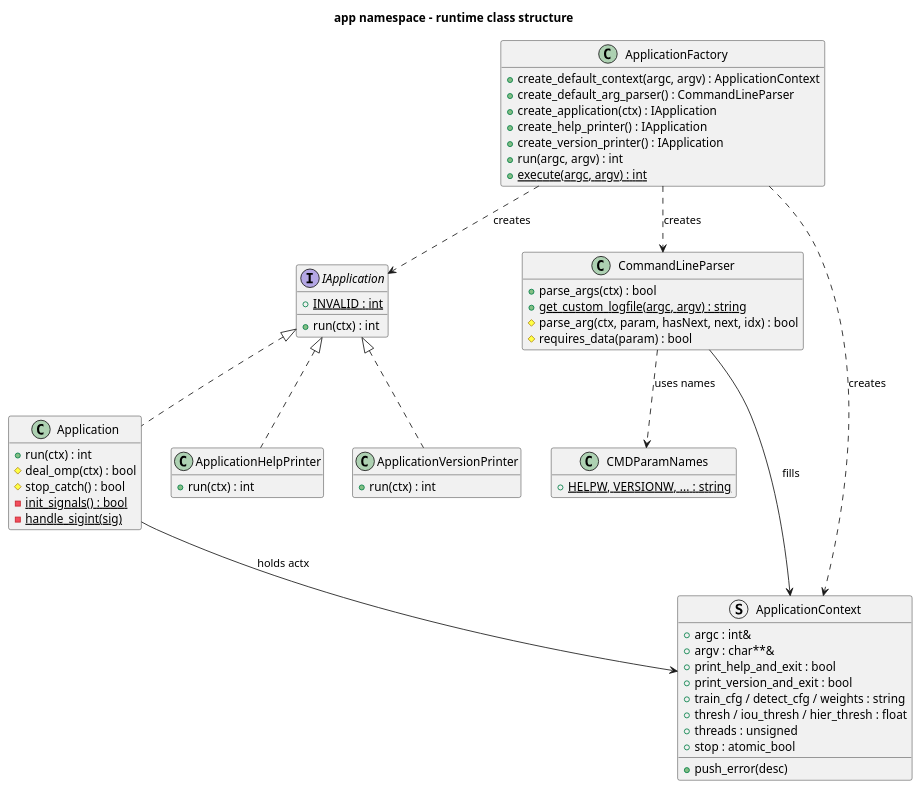
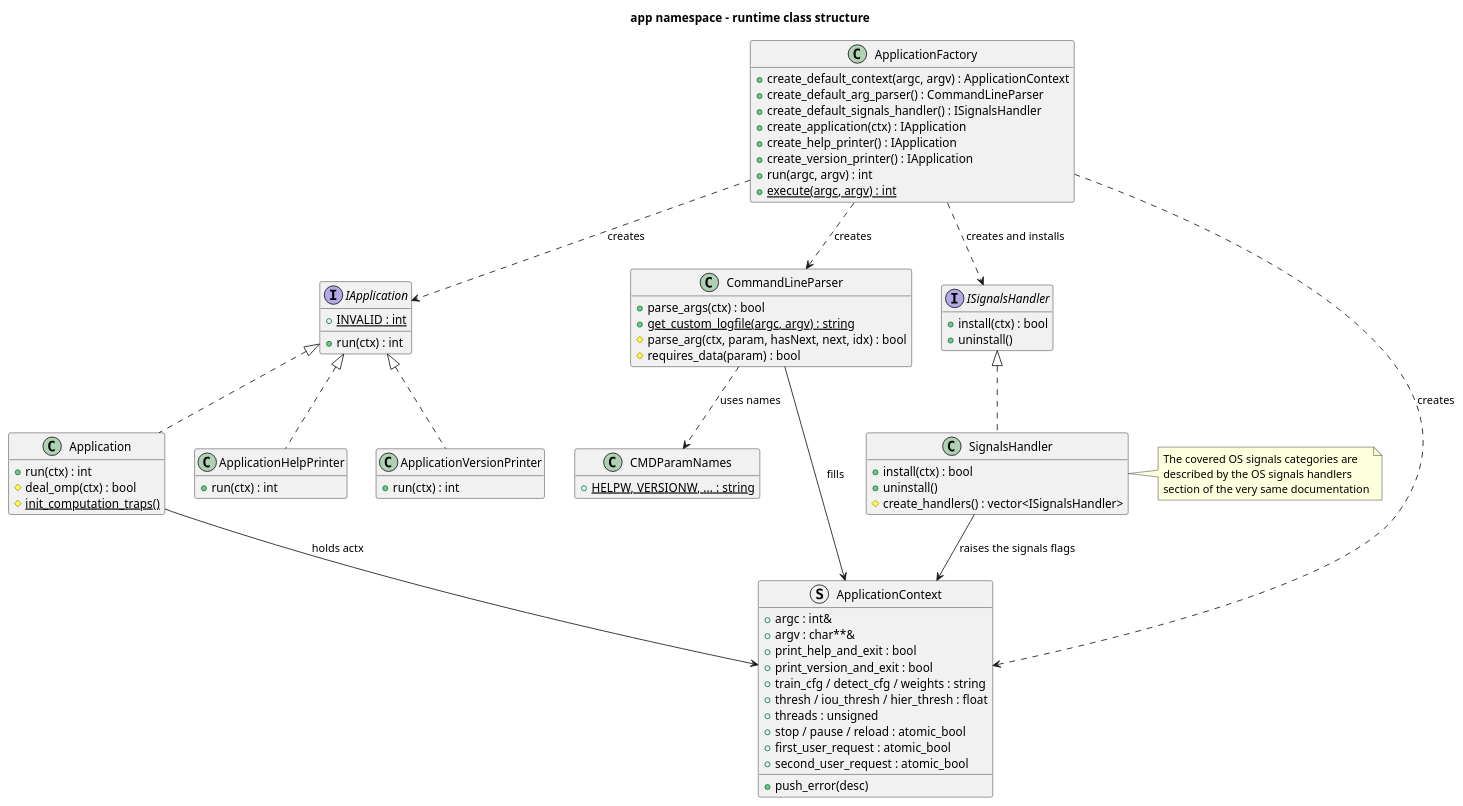
Before and after one commit to yuriysydor1991/darknetxx: the diagram in doc/diagrams/application-runtime-classes.puml, drawn with PlantUML. The commit also changed 493 other files, not shown here.

```diff
--- a/doc/diagrams/application-runtime-classes.puml
+++ b/doc/diagrams/application-runtime-classes.puml
@@ -1,72 +1,93 @@
 @startuml application-runtime-classes
 title app namespace - runtime class structure
 
 skinparam shadowing false
 hide empty members
 
 interface IApplication {
   +run(ctx) : int
   +{static} INVALID : int
 }
 
 class Application {
   +run(ctx) : int
   #deal_omp(ctx) : bool
-  #stop_catch() : bool
-  -{static} init_signals() : bool
-  -{static} handle_sigint(sig)
+  #{static} init_computation_traps()
 }
 
 class ApplicationHelpPrinter {
   +run(ctx) : int
 }
 
 class ApplicationVersionPrinter {
   +run(ctx) : int
 }
 
 class ApplicationFactory {
   +create_default_context(argc, argv) : ApplicationContext
   +create_default_arg_parser() : CommandLineParser
+  +create_default_signals_handler() : ISignalsHandler
   +create_application(ctx) : IApplication
   +create_help_printer() : IApplication
   +create_version_printer() : IApplication
   +run(argc, argv) : int
   +{static} execute(argc, argv) : int
 }
 
 class CommandLineParser {
   +parse_args(ctx) : bool
   +{static} get_custom_logfile(argc, argv) : string
   #parse_arg(ctx, param, hasNext, next, idx) : bool
   #requires_data(param) : bool
 }
 
 class CMDParamNames {
   +{static} HELPW, VERSIONW, ... : string
 }
 
+interface ISignalsHandler {
+  +install(ctx) : bool
+  +uninstall()
+}
+
+class SignalsHandler {
+  +install(ctx) : bool
+  +uninstall()
+  #create_handlers() : vector<ISignalsHandler>
+}
+
+note right of SignalsHandler
+  The covered OS signals categories are
+  described by the OS signals handlers
+  section of the very same documentation
+end note
+
 struct ApplicationContext {
   +argc : int&
   +argv : char**&
   +print_help_and_exit : bool
   +print_version_and_exit : bool
   +train_cfg / detect_cfg / weights : string
   +thresh / iou_thresh / hier_thresh : float
   +threads : unsigned
-  +stop : atomic_bool
+  +stop / pause / reload : atomic_bool
+  +first_user_request : atomic_bool
+  +second_user_request : atomic_bool
   +push_error(desc)
 }
 
 IApplication <|.. Application
 IApplication <|.. ApplicationHelpPrinter
 IApplication <|.. ApplicationVersionPrinter
+ISignalsHandler <|.. SignalsHandler
 
 ApplicationFactory ..> IApplication : creates
 ApplicationFactory ..> CommandLineParser : creates
 ApplicationFactory ..> ApplicationContext : creates
+ApplicationFactory ..> ISignalsHandler : creates and installs
 CommandLineParser ..> CMDParamNames : uses names
 CommandLineParser --> ApplicationContext : fills
 Application --> ApplicationContext : holds actx
+SignalsHandler --> ApplicationContext : raises the signals flags
 
 @enduml
```
